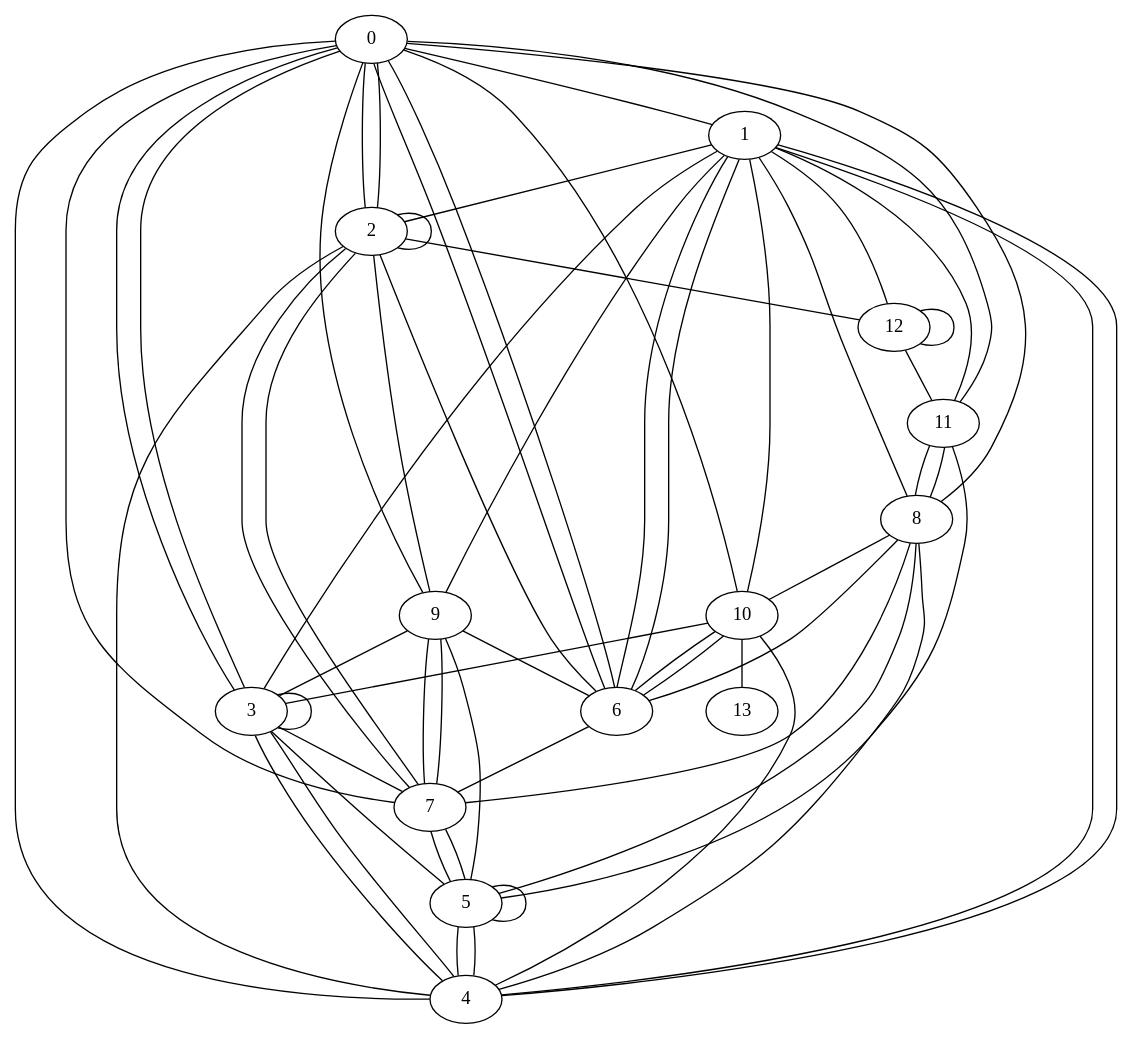
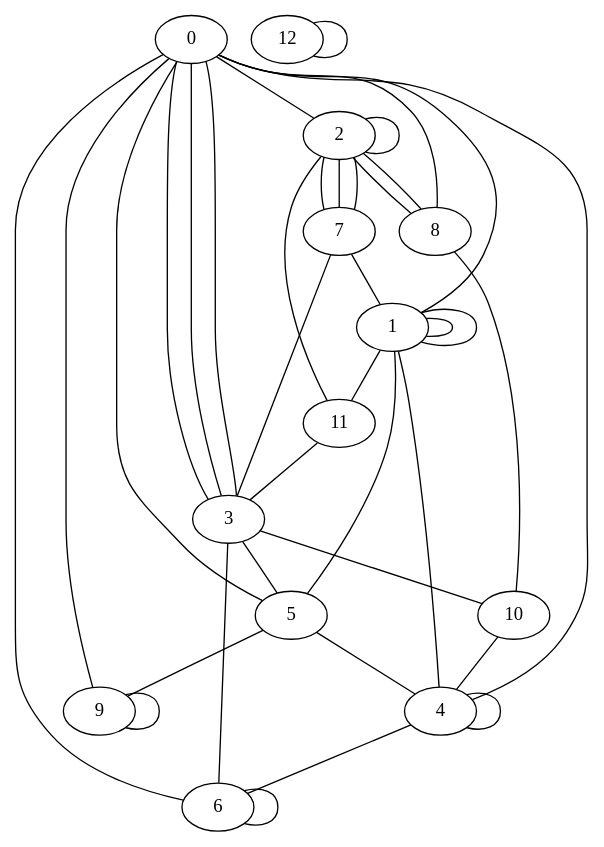
The diagram in feeds/out/O-9-15-15-PM.dot (denizsurmeli/random-graph-generator), drawn with Graphviz before and after one commit. The commit also changed 357 other files, not shown here.

```diff
--- a/feeds/out/O-9-15-15-PM.dot
+++ b/feeds/out/O-9-15-15-PM.dot
@@ -1,78 +1,52 @@
 graph G {
 0;
 1;
 2;
 3;
 4;
 5;
 6;
 7;
 8;
 9;
 10;
 11;
 12;
-13;
+6--6 ;
+3--10 ;
+0--2 ;
+0--6 ;
+7--1 ;
+2--2 ;
+10--4 ;
+4--1 ;
+1--1 ;
+11--2 ;
+0--8 ;
+5--4 ;
+8--2 ;
+2--7 ;
+8--10 ;
+0--5 ;
+5--9 ;
+3--0 ;
+0--3 ;
+0--9 ;
+4--4 ;
+4--6 ;
+1--11 ;
+1--0 ;
+6--3 ;
+9--9 ;
+3--5 ;
+3--7 ;
+7--2 ;
+5--1 ;
+11--3 ;
+7--2 ;
+1--1 ;
+0--3 ;
 12--12 ;
-4--3 ;
-8--10 ;
-6--7 ;
-9--3 ;
-1--2 ;
-6--0 ;
-6--1 ;
-2--12 ;
-11--8 ;
-0--7 ;
-2--2 ;
-0--10 ;
-5--5 ;
-6--10 ;
-7--8 ;
-12--11 ;
-0--11 ;
-0--1 ;
-3--4 ;
-3--5 ;
-7--5 ;
-9--1 ;
-10--6 ;
-5--11 ;
-2--0 ;
-6--8 ;
-2--6 ;
-0--2 ;
-9--5 ;
-2--9 ;
-4--5 ;
-1--10 ;
-2--7 ;
-1--11 ;
-10--3 ;
-0--3 ;
-3--3 ;
-5--7 ;
-5--4 ;
-2--4 ;
-9--6 ;
-10--13 ;
-8--0 ;
-9--7 ;
-10--4 ;
-0--4 ;
-3--1 ;
-1--6 ;
-1--12 ;
-1--8 ;
-9--0 ;
-7--2 ;
-9--7 ;
-5--8 ;
-8--4 ;
-8--11 ;
-6--0 ;
-1--4 ;
-4--1 ;
-3--7 ;
-0--3 ;
+2--8 ;
+4--0 ;
 }
```
